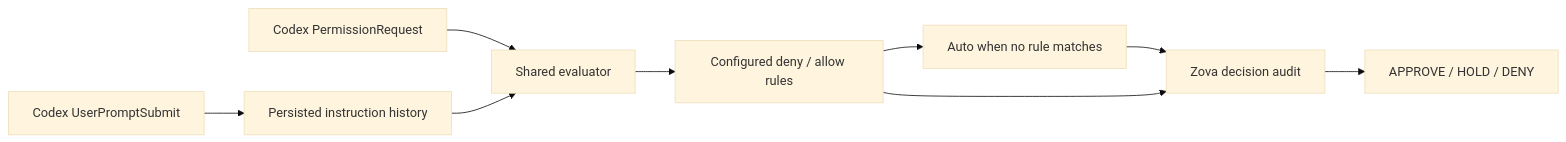
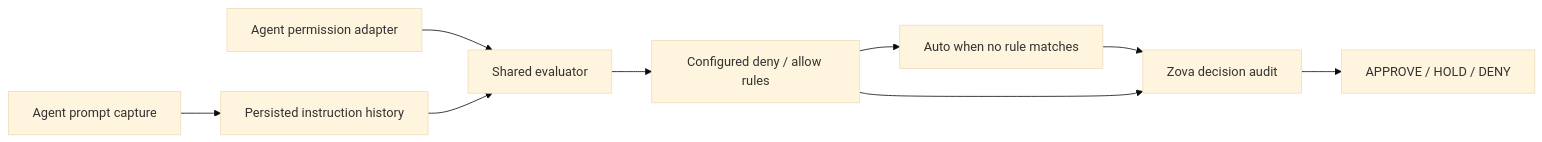
One commit to ata-sesli/MayI changed the diagram in README.md. Above: the diagram before and after it, drawn with Mermaid (base theme). The commit also changed other lines of this file and 20 other files, not shown here.

````diff
--- a/README.md
+++ b/README.md
@@ -89,11 +94,11 @@
 ```mermaid
 flowchart LR
-    Prompt["Codex UserPromptSubmit"] --> Ledger["Persisted instruction history"]
-    Tool["Codex PermissionRequest"] --> Engine["Shared evaluator"]
+    Prompt["Agent prompt capture"] --> Ledger["Persisted instruction history"]
+    Tool["Agent permission adapter"] --> Engine["Shared evaluator"]
     Ledger --> Engine
     Engine --> Rules["Configured deny / allow rules"]
     Rules --> Auto["Auto when no rule matches"]
     Auto --> Audit["Zova decision audit"]
     Rules --> Audit
     Audit --> Result["APPROVE / HOLD / DENY"]
 ```
````
